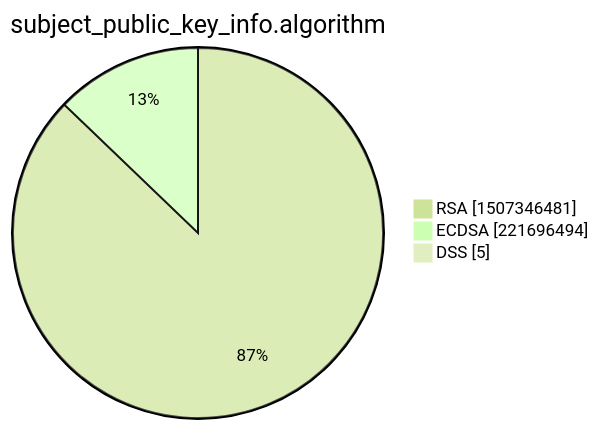
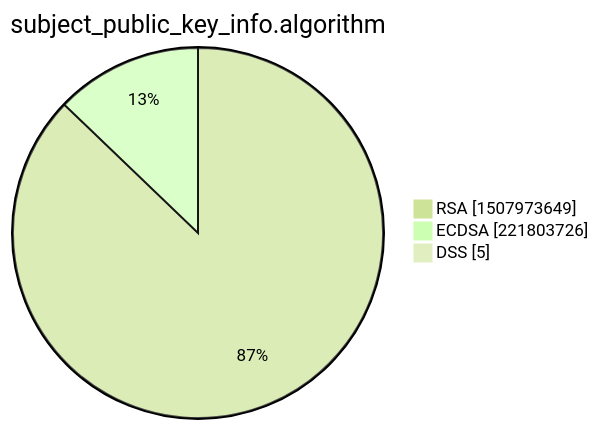
Before and after one commit to christiankrug/ctmonitor_visualization: the third of 15 diagrams in xenon2022/README.md, drawn with Mermaid (forest theme). The commit also changed other lines of this file, not shown here.

````diff
--- a/xenon2022/README.md
+++ b/xenon2022/README.md
@@ -14,7 +14,7 @@
 ```mermaid
 pie showData
 title subject_public_key_info.algorithm
-"RSA" :1507346481
-"ECDSA" :221696494
+"RSA" :1507973649
+"ECDSA" :221803726
 "DSS" :5
 ```
````
